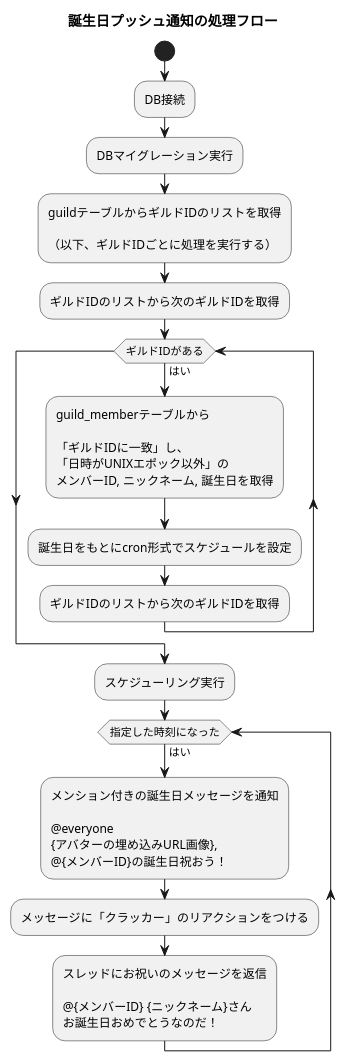
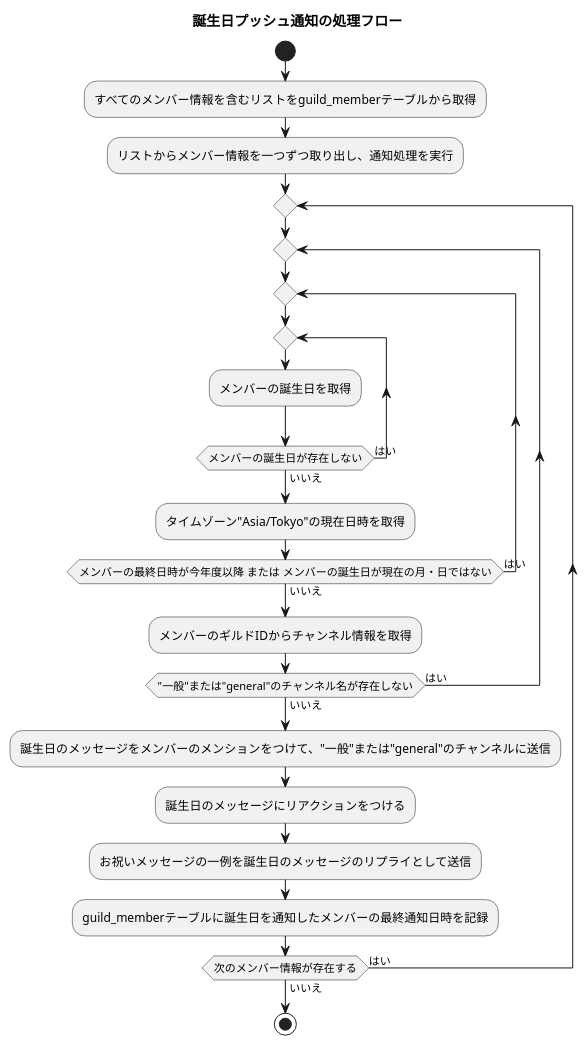
The diagram in docs/birth_プッシュ通知.puml (novum-d/zunda-bot-rs), drawn with PlantUML before and after one commit. The commit also changed 2 other files, not shown here.

```diff
--- a/docs/birth_プッシュ通知.puml
+++ b/docs/birth_プッシュ通知.puml
@@ -1,50 +1,34 @@
 @startuml
-
 title 誕生日プッシュ通知の処理フロー
 start
 
+:すべてのメンバー情報を含むリストをguild_memberテーブルから取得;
 
-:DB接続;
-:DBマイグレーション実行;
+:リストからメンバー情報を一つずつ取り出し、通知処理を実行;
 
+repeat
 
-:guildテーブルからギルドIDのリストを取得
+repeat
 
-（以下、ギルドIDごとに処理を実行する）;
+repeat
 
-:ギルドIDのリストから次のギルドIDを取得;
+repeat
+:メンバーの誕生日を取得;
 
-while (ギルドIDがある) is (はい)
+repeat while (メンバーの誕生日が存在しない) is (はい) not (いいえ)
+  :タイムゾーン"Asia/Tokyo"の現在日時を取得;
+repeat while (メンバーの最終日時が今年度以降 または メンバーの誕生日が現在の月・日ではない) is (はい) not (いいえ)
 
-    ' 初期更新処理
-    :guild_memberテーブルから
+  :メンバーのギルドIDからチャンネル情報を取得;
+repeat while ("一般"または"general"のチャンネル名が存在しない) is (はい) not (いいえ)
 
-    「ギルドIDに一致」し、
-    「日時がUNIXエポック以外」の
-    メンバーID, ニックネーム, 誕生日を取得;
+:誕生日のメッセージをメンバーのメンションをつけて、"一般"または"general"のチャンネルに送信;
+:誕生日のメッセージにリアクションをつける;
+:お祝いメッセージの一例を誕生日のメッセージのリプライとして送信;
 
-    :誕生日をもとにcron形式でスケジュールを設定;
+:guild_memberテーブルに誕生日を通知したメンバーの最終通知日時を記録;
 
-
-:ギルドIDのリストから次のギルドIDを取得;
-endwhile
-
-:スケジューリング実行;
-
-while (指定した時刻になった) is (はい)
-  :メンション付きの誕生日メッセージを通知
-
-  @everyone
-  {アバターの埋め込みURL画像},
-  @{メンバーID}の誕生日祝おう！;
-
-  :メッセージに「クラッカー」のリアクションをつける;
-
-  :スレッドにお祝いのメッセージを返信
-
- @{メンバーID} {ニックネーム}さん
- お誕生日おめでとうなのだ！;
-endwhile
-  -[hidden]->
+repeat while (次のメンバー情報が存在する) is (はい) not (いいえ)
+stop
 
 @enduml
```
